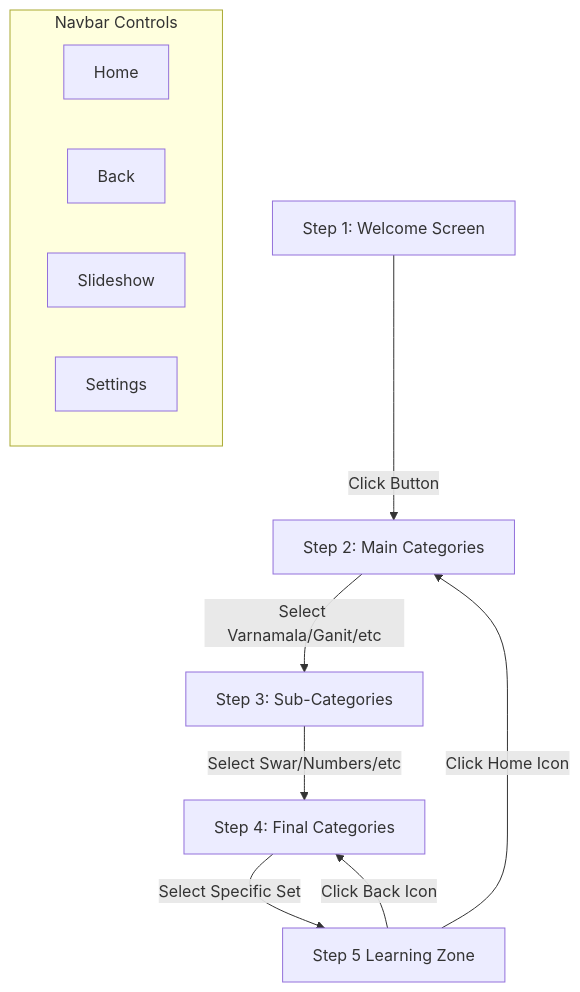
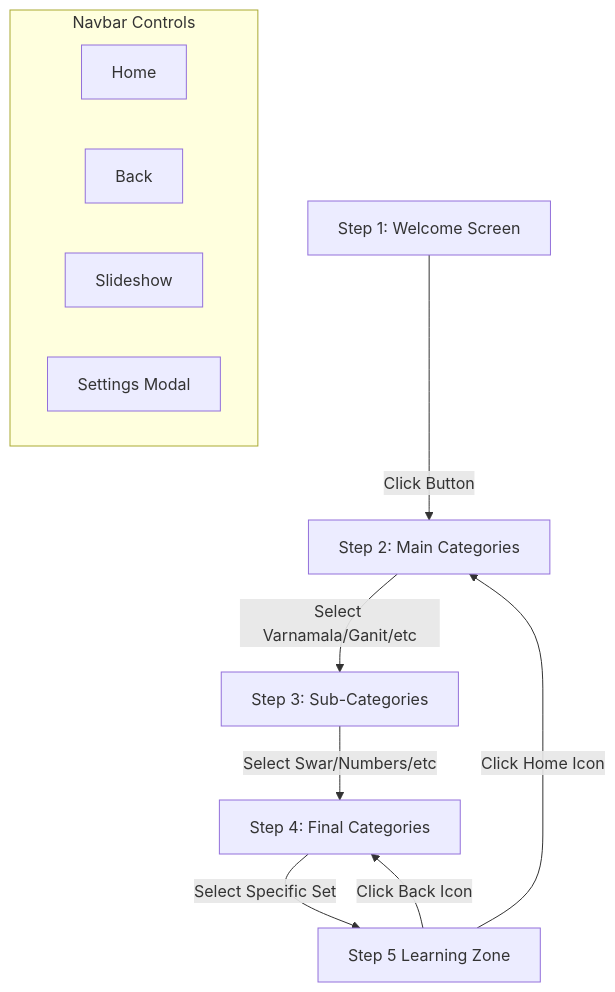
Before and after one commit to atulravi2024/Rajshree_Learning_Project: the first of 2 diagrams in memory/01 Current State/01.10_MENU_NAVBAR_STRUCTURE.md, drawn with Mermaid. The commit also changed other lines of this file and 42 other files, not shown here.

````diff
--- a/memory/01 Current State/01.10_MENU_NAVBAR_STRUCTURE.md
+++ b/memory/01 Current State/01.10_MENU_NAVBAR_STRUCTURE.md
@@ -12,16 +12,16 @@
 ```mermaid
 graph TD
     S1[Step 1: Welcome Screen] -->|Click Button| S2[Step 2: Main Categories]
     S2 -->|Select Varnamala/Ganit/etc| S3[Step 3: Sub-Categories]
     S3 -->|Select Swar/Numbers/etc| S4[Step 4: Final Categories]
     S4 -->|Select Specific Set| S5[Step 5 Learning Zone]
     S5 -->|Click Home Icon| S2
     S5 -->|Click Back Icon| S4
     
     subgraph Navbar Controls
         H[Home]
         B[Back]
         SL[Slideshow]
-        ST[Settings]
+        ST[Settings Modal]
     end
 ```
````
